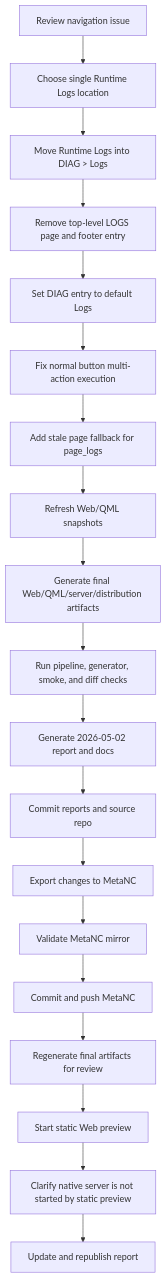
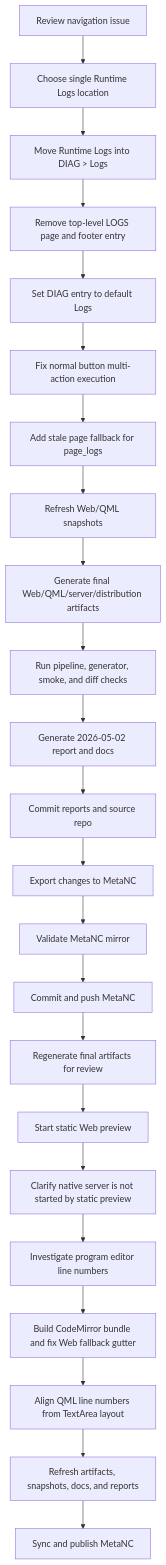
The diagram in 2026-05-02-codex-session/workflow-diagram.md (luppiterw/metanc_hmi_dsl_reports), drawn with Mermaid before and after one commit. The commit also changed 16 other files, not shown here.

Commit message:
reports: update 2026-05-02 editor line numbers

````diff
--- a/2026-05-02-codex-session/workflow-diagram.md
+++ b/2026-05-02-codex-session/workflow-diagram.md
@@ -3,21 +3,25 @@
 ```mermaid
 flowchart TD
     A[Review navigation issue] --> B[Choose single Runtime Logs location]
     B --> C[Move Runtime Logs into DIAG > Logs]
     C --> D[Remove top-level LOGS page and footer entry]
     D --> E[Set DIAG entry to default Logs]
     E --> F[Fix normal button multi-action execution]
     F --> G[Add stale page fallback for page_logs]
     G --> H[Refresh Web/QML snapshots]
     H --> I[Generate final Web/QML/server/distribution artifacts]
     I --> J[Run pipeline, generator, smoke, and diff checks]
     J --> K[Generate 2026-05-02 report and docs]
     K --> L[Commit reports and source repo]
     L --> M[Export changes to MetaNC]
     M --> N[Validate MetaNC mirror]
     N --> O[Commit and push MetaNC]
     O --> P[Regenerate final artifacts for review]
     P --> Q[Start static Web preview]
     Q --> R[Clarify native server is not started by static preview]
-    R --> S[Update and republish report]
+    R --> S[Investigate program editor line numbers]
+    S --> T[Build CodeMirror bundle and fix Web fallback gutter]
+    T --> U[Align QML line numbers from TextArea layout]
+    U --> V[Refresh artifacts, snapshots, docs, and reports]
+    V --> W[Sync and publish MetaNC]
 ```
````
